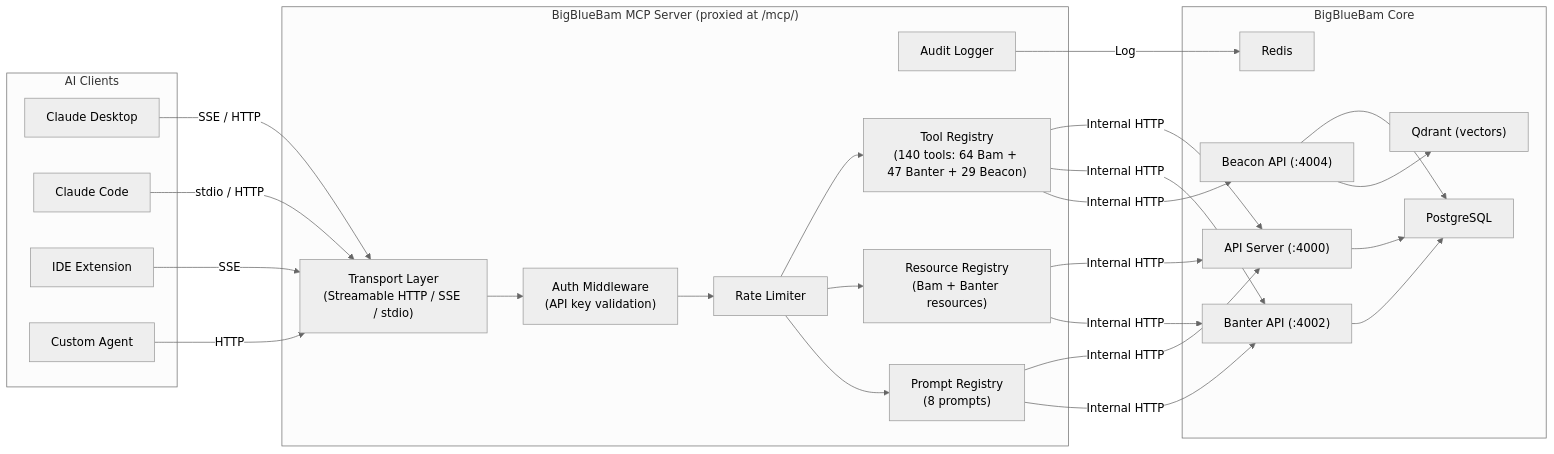
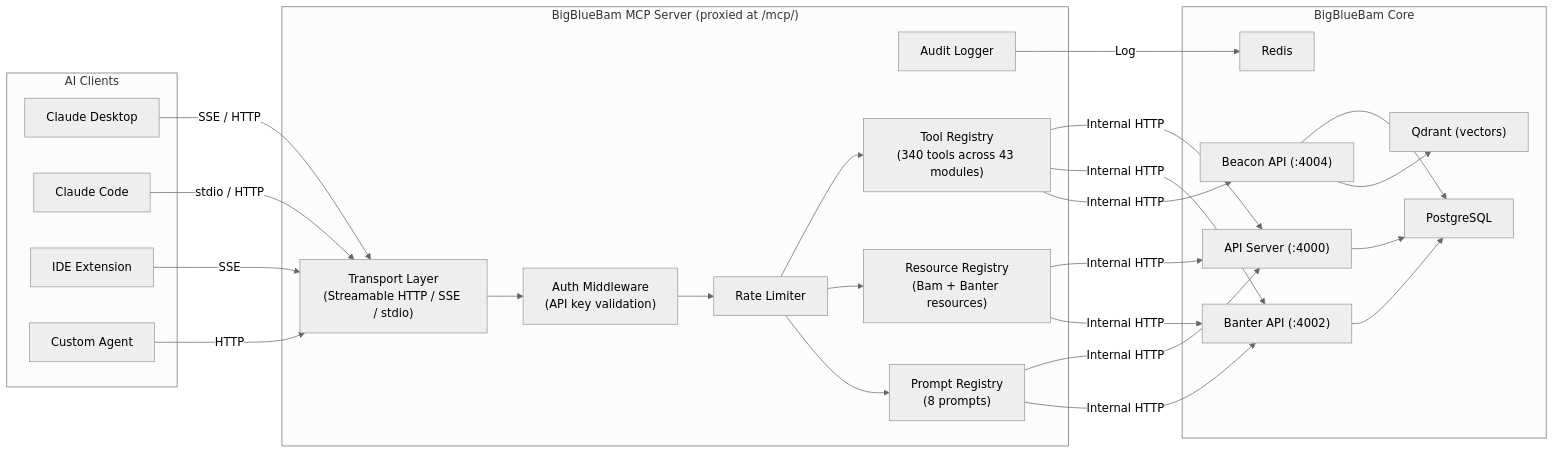
The first of 4 diagrams in docs/mcp-server.md (leith-bartrich/BigBlueBam), drawn with Mermaid (neutral theme) before and after one commit. The commit also changed other lines of this file and 1 other file, not shown here.

First line of the commit message:
docs(mcp): refresh mcp-server tool catalog to match live registrations

````diff
--- a/docs/mcp-server.md
+++ b/docs/mcp-server.md
@@ -23,52 +23,52 @@
 ```mermaid
 graph LR
     subgraph "AI Clients"
         Claude["Claude Desktop"]
         Code["Claude Code"]
         IDE["IDE Extension"]
         Agent["Custom Agent"]
     end
 
     subgraph "BigBlueBam MCP Server (proxied at /mcp/)"
         Transport["Transport Layer<br/>(Streamable HTTP / SSE / stdio)"]
         Auth["Auth Middleware<br/>(API key validation)"]
         Rate["Rate Limiter"]
         Audit["Audit Logger"]
-        Tools["Tool Registry<br/>(140 tools: 64 Bam + 47 Banter + 29 Beacon)"]
+        Tools["Tool Registry<br/>(340 tools across 43 modules)"]
         Resources["Resource Registry<br/>(Bam + Banter resources)"]
         Prompts["Prompt Registry<br/>(8 prompts)"]
     end
 
     subgraph "BigBlueBam Core"
         API["API Server (:4000)"]
         BanterAPI["Banter API (:4002)"]
         BeaconAPI["Beacon API (:4004)"]
         DB["PostgreSQL"]
         Redis["Redis"]
         Qdrant["Qdrant (vectors)"]
     end
 
     Claude -->|"SSE / HTTP"| Transport
     Code -->|"stdio / HTTP"| Transport
     IDE -->|"SSE"| Transport
     Agent -->|"HTTP"| Transport
 
     Transport --> Auth
     Auth --> Rate
     Rate --> Tools
     Rate --> Resources
     Rate --> Prompts
 
     Tools -->|"Internal HTTP"| API
     Tools -->|"Internal HTTP"| BanterAPI
     Tools -->|"Internal HTTP"| BeaconAPI
     Resources -->|"Internal HTTP"| API
     Resources -->|"Internal HTTP"| BanterAPI
     Prompts -->|"Internal HTTP"| API
     Prompts -->|"Internal HTTP"| BanterAPI
     Audit -->|"Log"| Redis
     API --> DB
     BanterAPI --> DB
     BeaconAPI --> DB
     BeaconAPI --> Qdrant
 ```
````
